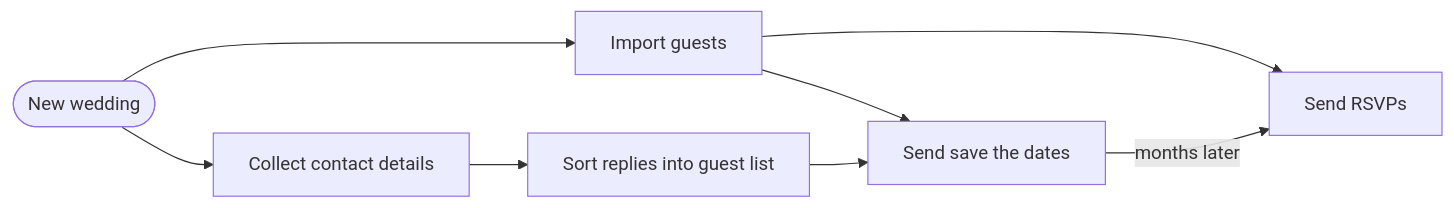
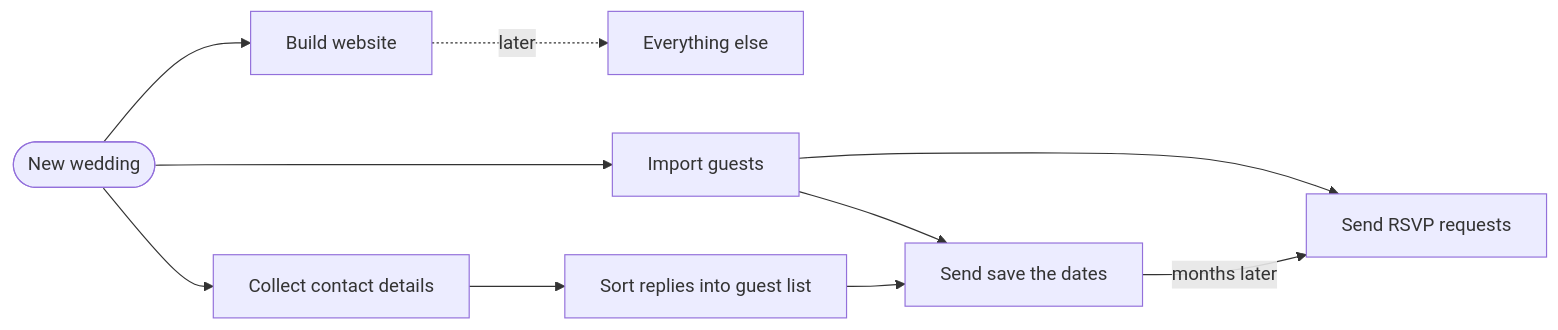
One commit to willgardner9/dearest.rsvp-api changed the second of 4 diagrams in docs/product/vision.md. Above: the diagram before and after it, drawn with Mermaid. The commit also changed other lines of this file and 1 other file, not shown here.

````diff
--- a/docs/product/vision.md
+++ b/docs/product/vision.md
@@ -21,10 +51,12 @@
 ```mermaid
 flowchart LR
-    start([New wedding]) --> import[Import guests]
+    start([New wedding]) --> web[Build website]
+    start --> import[Import guests]
     start --> collect[Collect contact details]
     collect --> sort[Sort replies into guest list]
     sort --> std
-    import --> rsvp[Send RSVPs]
+    import --> rsvp[Send RSVP requests]
     import --> std[Send save the dates]
     std -->|months later| rsvp
+    web -.->|later| rest[Everything else]
 ```
````
